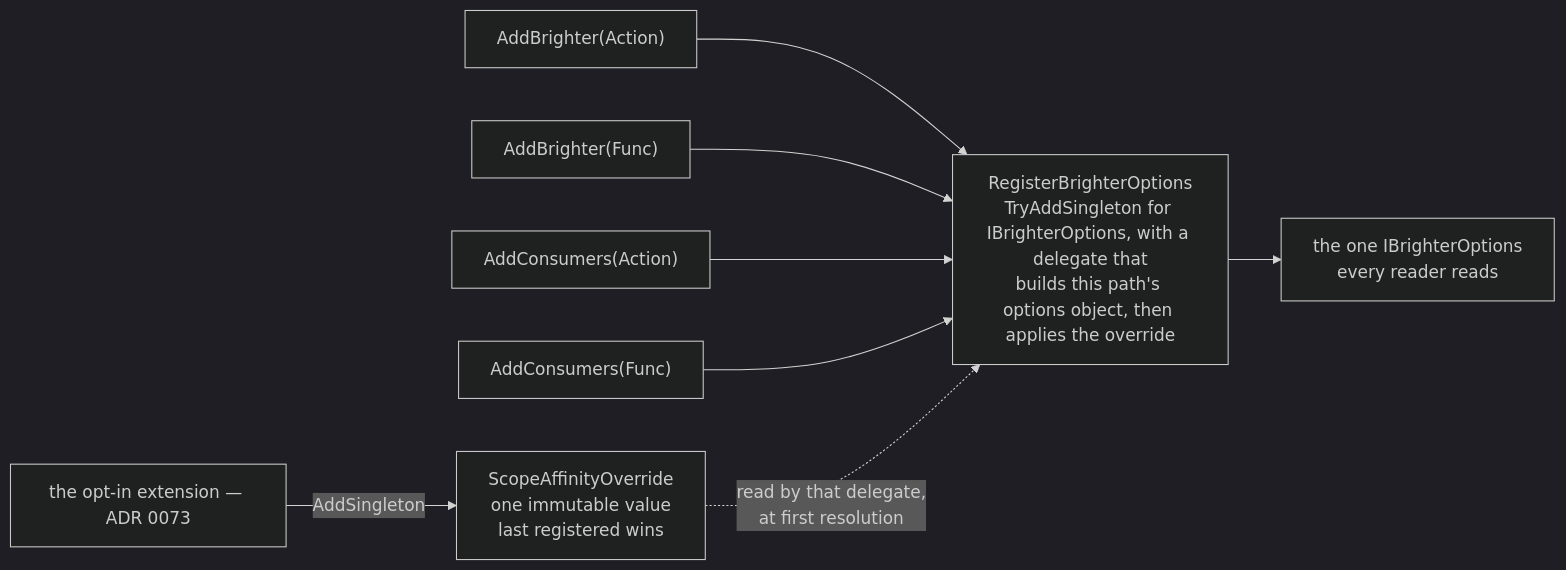
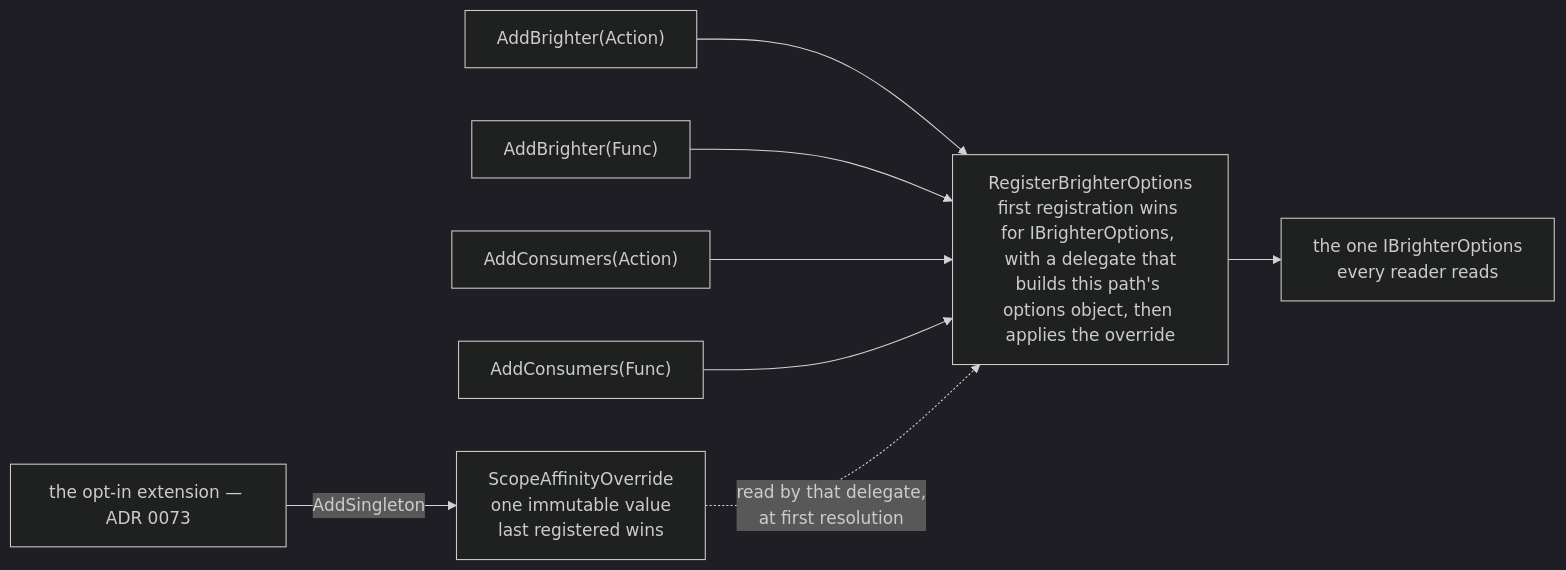
One commit to BrighterCommand/Brighter changed the second of 3 diagrams in docs/adr/0076-scope-affinity-option-and-write-through.md. Above: the diagram before and after it, drawn with Mermaid (dark theme). The commit also changed other lines of this file, not shown here.

````diff
--- a/docs/adr/0076-scope-affinity-option-and-write-through.md
+++ b/docs/adr/0076-scope-affinity-option-and-write-through.md
@@ -119,11 +119,11 @@
 ```mermaid
 flowchart LR
     a1["AddBrighter(Action)"] --> RBO
     a2["AddBrighter(Func)"] --> RBO
     a3["AddConsumers(Action)"] --> RBO
     a4["AddConsumers(Func)"] --> RBO
     ext["the opt-in extension — ADR 0073"] -- "AddSingleton" --> ovr["ScopeAffinityOverride<br/>one immutable value<br/>last registered wins"]
-    RBO["RegisterBrighterOptions<br/>TryAddSingleton for IBrighterOptions, with a delegate that<br/>builds this path's options object, then applies the override"]
+    RBO["RegisterBrighterOptions<br/>first registration wins for IBrighterOptions, with a delegate that<br/>builds this path's options object, then applies the override"]
     ovr -. "read by that delegate,<br/>at first resolution" .-> RBO
     RBO --> opts["the one IBrighterOptions<br/>every reader reads"]
 ```
````
